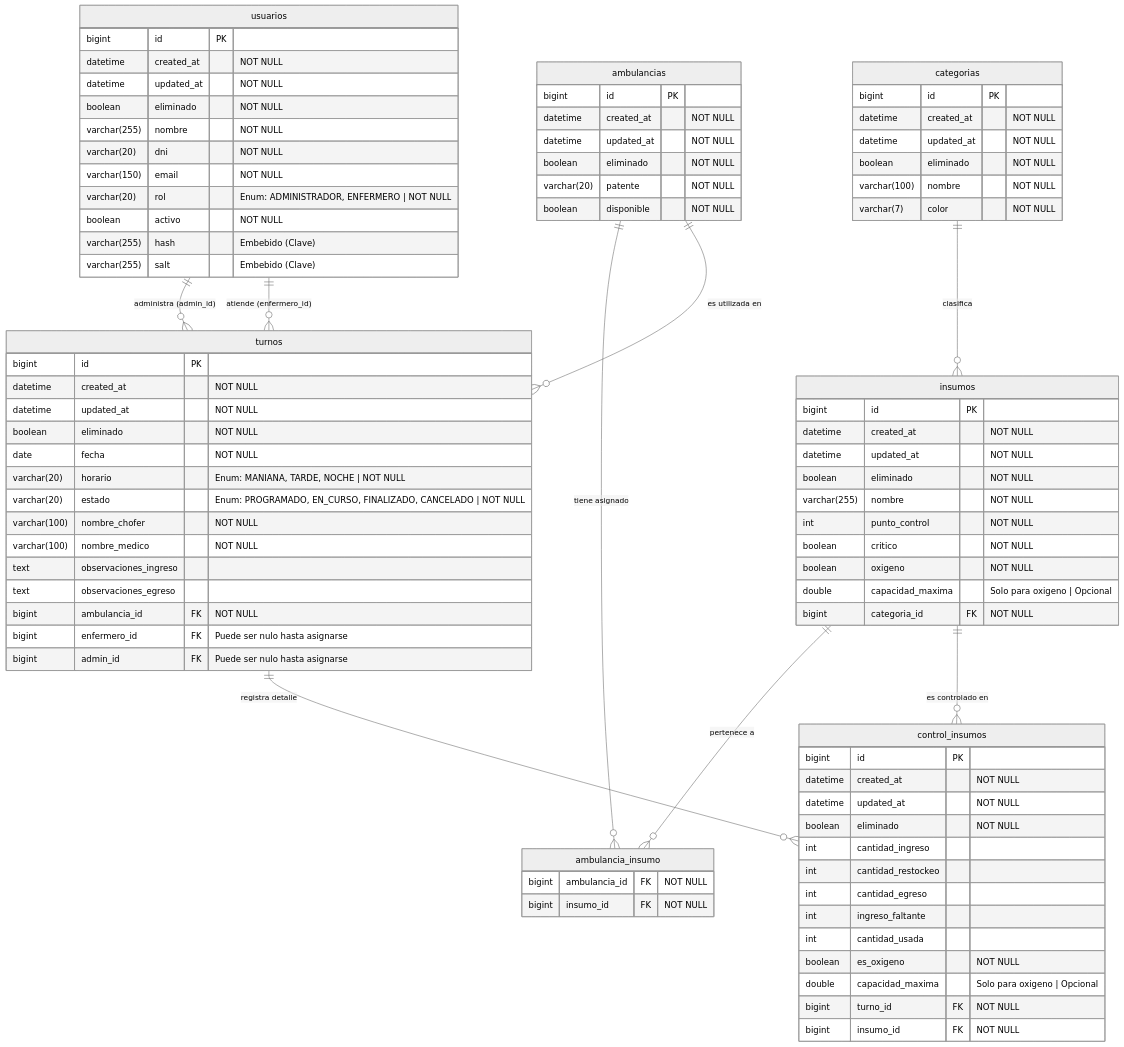
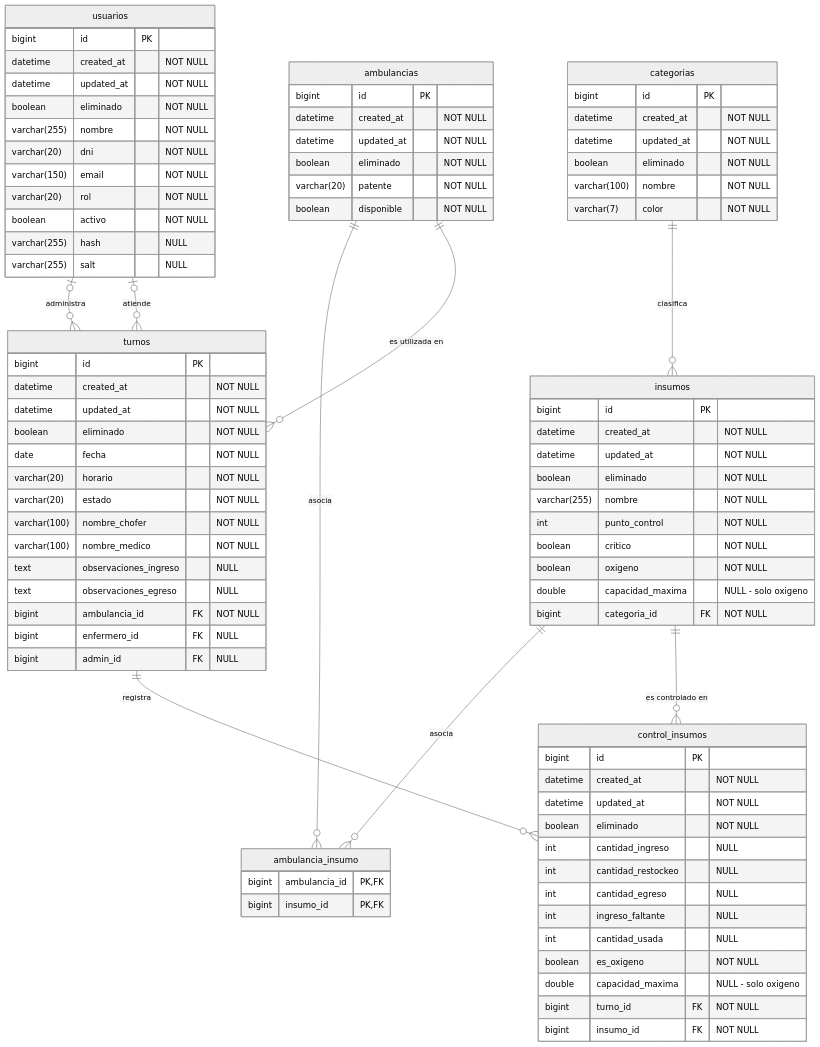
The diagram in docs/DER.md (andresbonelli/UTN-TUPaD-TFI), drawn with Mermaid (neutral theme) before and after one commit. The commit also changed other lines of this file and 5 other files, not shown here.

````diff
--- a/docs/DER.md
+++ b/docs/DER.md
@@ -3,5 +1,6 @@
 ```mermaid
 erDiagram
+
     usuarios {
         bigint id PK
         datetime created_at "NOT NULL"
@@ -10,10 +9,10 @@
         varchar(255) nombre "NOT NULL"
         varchar(20) dni "NOT NULL"
         varchar(150) email "NOT NULL"
-        varchar(20) rol "Enum: ADMINISTRADOR, ENFERMERO | NOT NULL"
+        varchar(20) rol "NOT NULL"
         boolean activo "NOT NULL"
-        varchar(255) hash "Embebido (Clave)"
-        varchar(255) salt "Embebido (Clave)"
+        varchar(255) hash "NULL"
+        varchar(255) salt "NULL"
     }
 
     ambulancias {
@@ -43,13 +42,13 @@
         int punto_control "NOT NULL"
         boolean critico "NOT NULL"
         boolean oxigeno "NOT NULL"
-        double capacidad_maxima "Solo para oxigeno | Opcional"
+        double capacidad_maxima "NULL - solo oxigeno"
         bigint categoria_id FK "NOT NULL"
     }
 
     ambulancia_insumo {
-        bigint ambulancia_id FK "NOT NULL"
-        bigint insumo_id FK "NOT NULL"
+        bigint ambulancia_id PK, FK
+        bigint insumo_id PK, FK
     }
 
     turnos {
@@ -58,15 +57,15 @@
         datetime updated_at "NOT NULL"
         boolean eliminado "NOT NULL"
         date fecha "NOT NULL"
-        varchar(20) horario "Enum: MANIANA, TARDE, NOCHE | NOT NULL"
-        varchar(20) estado "Enum: PROGRAMADO, EN_CURSO, FINALIZADO, CANCELADO | NOT NULL"
+        varchar(20) horario "NOT NULL"
+        varchar(20) estado "NOT NULL"
         varchar(100) nombre_chofer "NOT NULL"
         varchar(100) nombre_medico "NOT NULL"
-        text observaciones_ingreso
-        text observaciones_egreso
+        text observaciones_ingreso "NULL"
+        text observaciones_egreso "NULL"
         bigint ambulancia_id FK "NOT NULL"
-        bigint enfermero_id FK "Puede ser nulo hasta asignarse"
-        bigint admin_id FK "Puede ser nulo hasta asignarse"
+        bigint enfermero_id FK "NULL"
+        bigint admin_id FK "NULL"
     }
 
     control_insumos {
@@ -74,27 +73,27 @@
         datetime created_at "NOT NULL"
         datetime updated_at "NOT NULL"
         boolean eliminado "NOT NULL"
-        int cantidad_ingreso
-        int cantidad_restockeo
-        int cantidad_egreso
-        int ingreso_faltante
-        int cantidad_usada
+        int cantidad_ingreso "NULL"
+        int cantidad_restockeo "NULL"
+        int cantidad_egreso "NULL"
+        int ingreso_faltante "NULL"
+        int cantidad_usada "NULL"
         boolean es_oxigeno "NOT NULL"
-        double capacidad_maxima "Solo para oxigeno | Opcional"
+        double capacidad_maxima "NULL - solo oxigeno"
         bigint turno_id FK "NOT NULL"
         bigint insumo_id FK "NOT NULL"
     }
 
-    %% ========================================================================
-    %% RELACIONES
-    %% ========================================================================
+    categorias ||--o{ insumos : "clasifica"
 
-    categorias ||--o{ insumos : "clasifica"
-    ambulancias ||--o{ ambulancia_insumo : "tiene asignado"
-    insumos ||--o{ ambulancia_insumo : "pertenece a"
+    ambulancias ||--o{ ambulancia_insumo : "asocia"
+    insumos ||--o{ ambulancia_insumo : "asocia"
+
     ambulancias ||--o{ turnos : "es utilizada en"
-    usuarios ||--o{ turnos : "administra (admin_id)"
-    usuarios ||--o{ turnos : "atiende (enfermero_id)"
-    turnos ||--o{ control_insumos : "registra detalle"
+
+    usuarios o|--o{ turnos : "administra"
+    usuarios o|--o{ turnos : "atiende"
+
+    turnos ||--o{ control_insumos : "registra"
     insumos ||--o{ control_insumos : "es controlado en"
 ```
````
